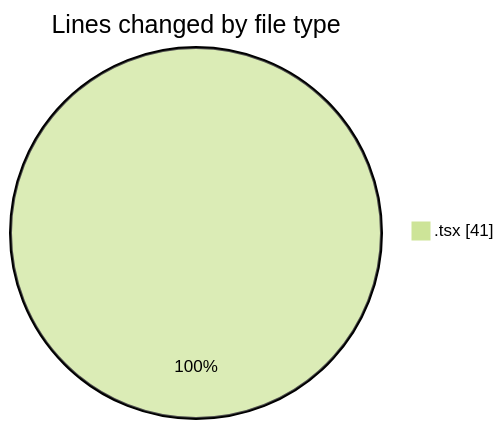
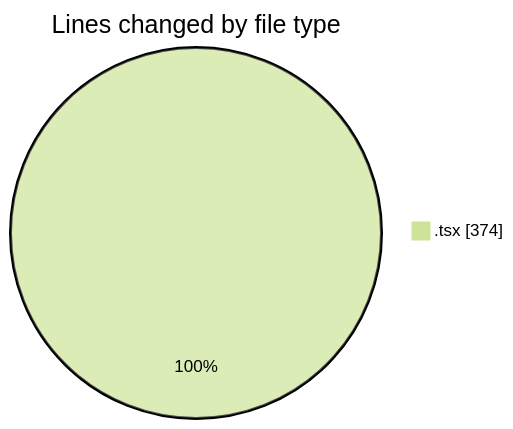
Before and after one commit to nxtqubesakshisongat/code-tracking: the first of 2 diagrams in 2026-02-17/nxtqube_webapp/README.md, drawn with Mermaid (forest theme). The commit also changed other lines of this file and 1 other file, not shown here.

````diff
--- a/2026-02-17/nxtqube_webapp/README.md
+++ b/2026-02-17/nxtqube_webapp/README.md
@@ -20,5 +21,5 @@
 ```mermaid
 pie showData
 title Lines changed by file type
-".tsx" : 41
+".tsx" : 374
 ```
````
